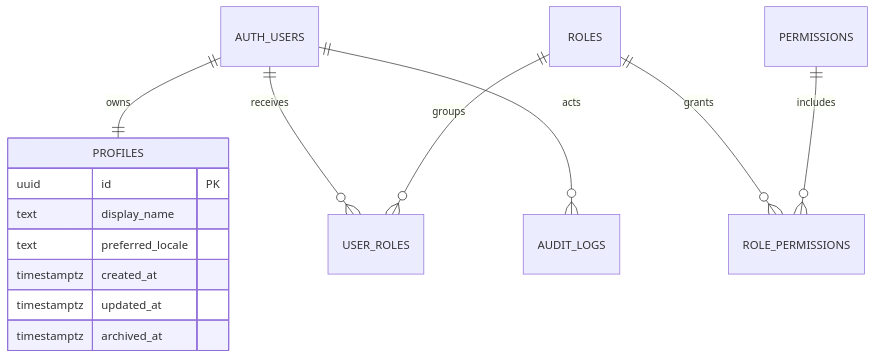
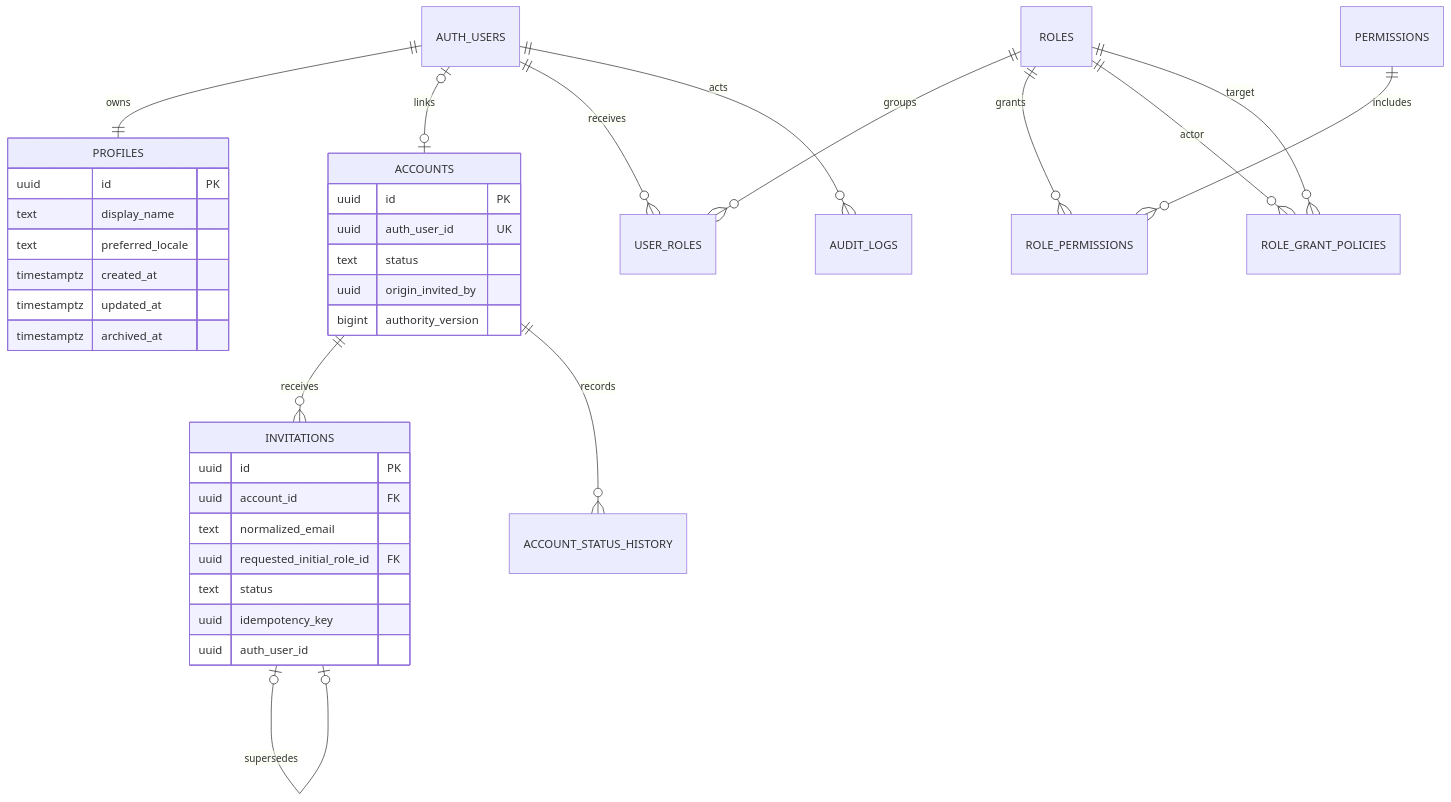
Before and after one commit to grovergonzalez8/Sistema-Voluntariado: the first of 2 diagrams in docs/data/initial-model.md, drawn with Mermaid. The commit also changed other lines of this file and 20 other files, not shown here.

````diff
--- a/docs/data/initial-model.md
+++ b/docs/data/initial-model.md
@@ -3,18 +3,40 @@
 ```mermaid
 erDiagram
   AUTH_USERS ||--|| PROFILES : owns
+  AUTH_USERS o|--o| ACCOUNTS : links
+  ACCOUNTS ||--o{ INVITATIONS : receives
+  INVITATIONS o|--o| INVITATIONS : supersedes
+  ACCOUNTS ||--o{ ACCOUNT_STATUS_HISTORY : records
   AUTH_USERS ||--o{ USER_ROLES : receives
   ROLES ||--o{ USER_ROLES : groups
   ROLES ||--o{ ROLE_PERMISSIONS : grants
   PERMISSIONS ||--o{ ROLE_PERMISSIONS : includes
+  ROLES ||--o{ ROLE_GRANT_POLICIES : actor
+  ROLES ||--o{ ROLE_GRANT_POLICIES : target
   AUTH_USERS ||--o{ AUDIT_LOGS : acts
 
+  ACCOUNTS {
+    uuid id PK
+    uuid auth_user_id UK
+    text status
+    uuid origin_invited_by
+    bigint authority_version
+  }
+  INVITATIONS {
+    uuid id PK
+    uuid account_id FK
+    text normalized_email
+    uuid requested_initial_role_id FK
+    text status
+    uuid idempotency_key
+    uuid auth_user_id
+  }
   PROFILES {
     uuid id PK
     text display_name
     text preferred_locale
     timestamptz created_at
     timestamptz updated_at
     timestamptz archived_at
   }
 ```
````
